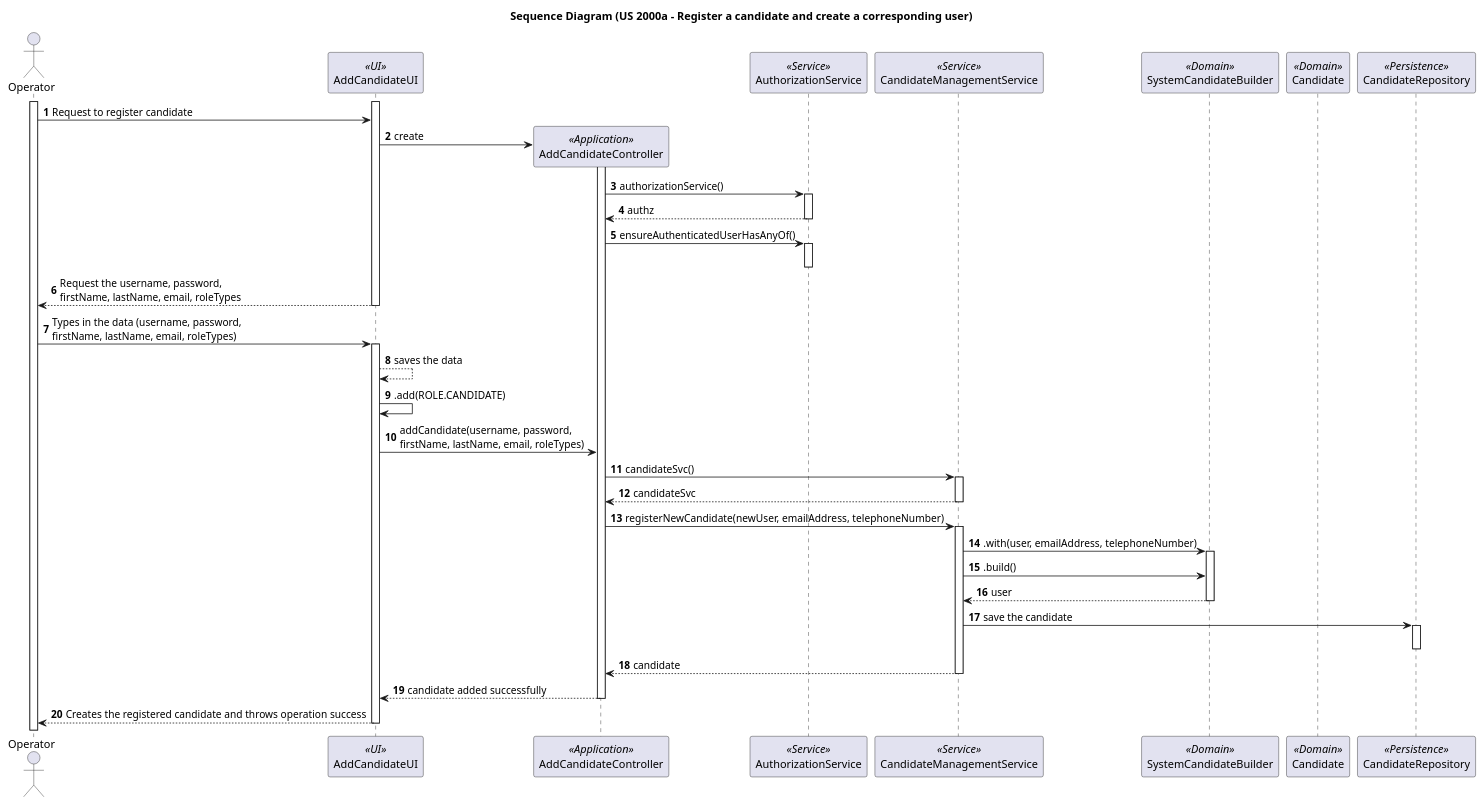
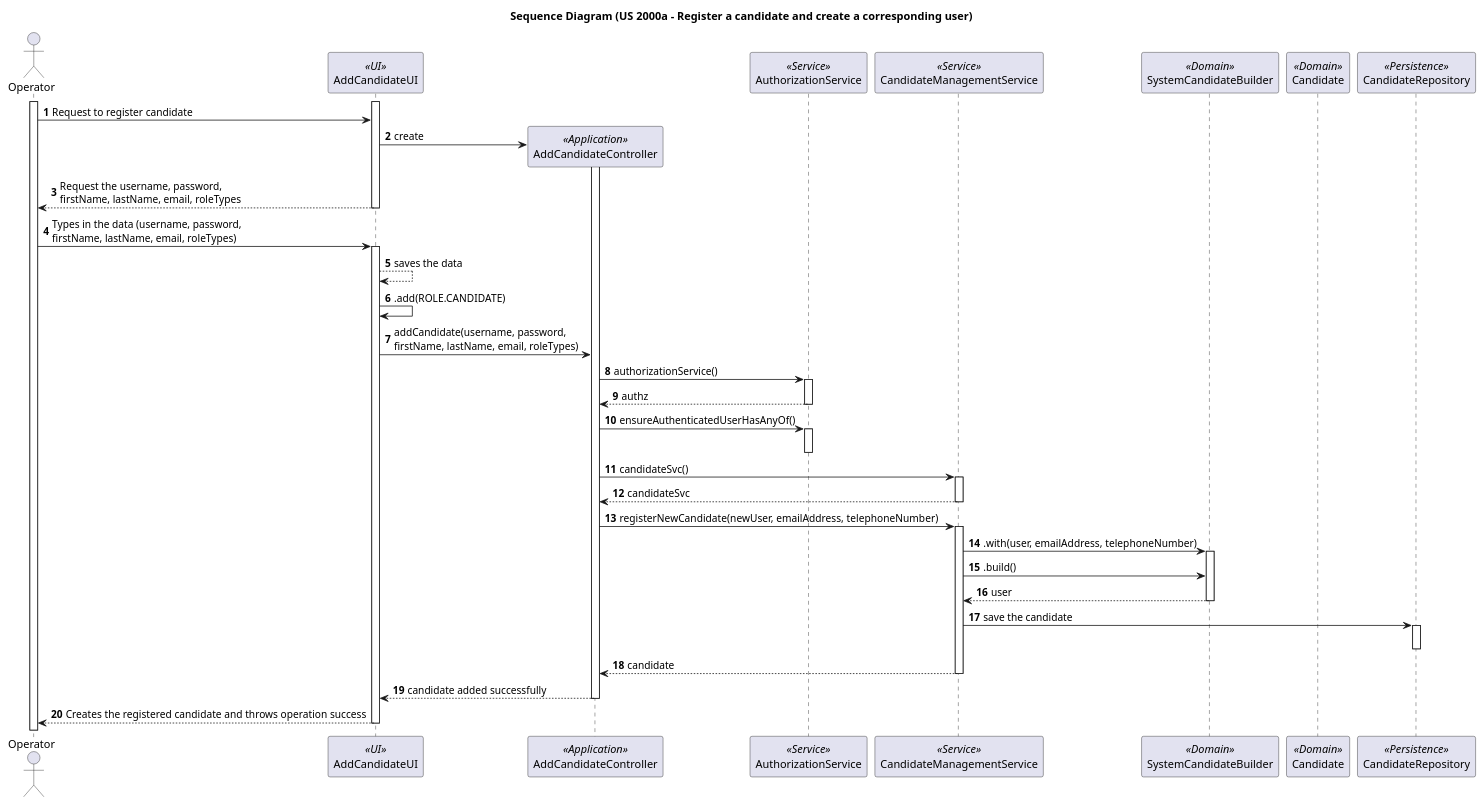
The diagram in docs/sprintB/2000a/puml/2000a-sequence-diagram.puml (marcoferreira37/Lapr4), drawn with PlantUML before and after one commit. The commit also changed 5 other files, not shown here.

```diff
--- a/docs/sprintB/2000a/puml/2000a-sequence-diagram.puml
+++ b/docs/sprintB/2000a/puml/2000a-sequence-diagram.puml
@@ -1,56 +1,57 @@
 @startuml
 title Sequence Diagram (US 2000a - Register a candidate and create a corresponding user)
 
 autonumber
 actor Operator as Operator
 participant AddCandidateUI as UI <<UI>>
 participant AddCandidateController as CTRL <<Application>>
 participant AuthorizationService as AS <<Service>>
 participant CandidateManagementService as UMS <<Service>>
 participant SystemCandidateBuilder as SUB <<Domain>>
 participant Candidate as C <<Domain>>
 participant CandidateRepository as CRepo <<Persistence>>
 
 
 activate Operator
 activate UI
 Operator -> UI: Request to register candidate
 
 UI -> CTRL**:create
 activate CTRL
+
+UI --> Operator: Request the username, password, \nfirstName, lastName, email, roleTypes
+deactivate UI
+Operator -> UI: Types in the data (username, password, \nfirstName, lastName, email, roleTypes)
+activate UI
+UI-->UI : saves the data
+UI-> UI : .add(ROLE.CANDIDATE)
+UI-> CTRL: addCandidate(username, password, \nfirstName, lastName, email, roleTypes)
 CTRL -> AS : authorizationService()
 activate AS
 AS --> CTRL: authz
 deactivate AS
 CTRL->AS : ensureAuthenticatedUserHasAnyOf()
 activate AS
 deactivate AS
-UI --> Operator: Request the username, password, \nfirstName, lastName, email, roleTypes
-deactivate UI
-Operator -> UI: Types in the data (username, password, \nfirstName, lastName, email, roleTypes)
-activate UI
-UI-->UI : saves the data
-UI-> UI : .add(ROLE.CANDIDATE)
-UI-> CTRL: addCandidate(username, password, \nfirstName, lastName, email, roleTypes)
 CTRL-> UMS : candidateSvc()
 activate UMS
 UMS-->CTRL: candidateSvc
 deactivate UMS
 CTRL-> UMS : registerNewCandidate(newUser, emailAddress, telephoneNumber)
 activate UMS
 UMS->SUB: .with(user, emailAddress, telephoneNumber)
 activate SUB
 UMS-> SUB: .build()
 SUB--> UMS: user
 deactivate SUB
 UMS->CRepo: save the candidate
 activate CRepo
 deactivate CRepo
 UMS-->CTRL: candidate
 deactivate UMS
 CTRL-->UI : candidate added successfully
 deactivate CTRL
 UI --> Operator: Creates the registered candidate and throws operation success
 deactivate UI
 
 @enduml
```
